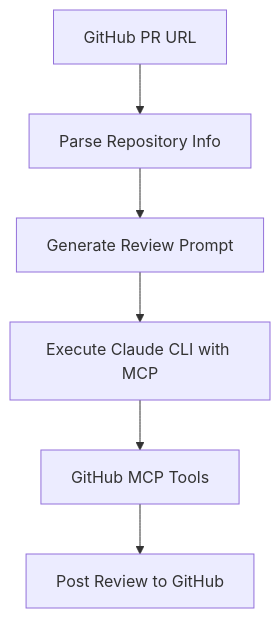
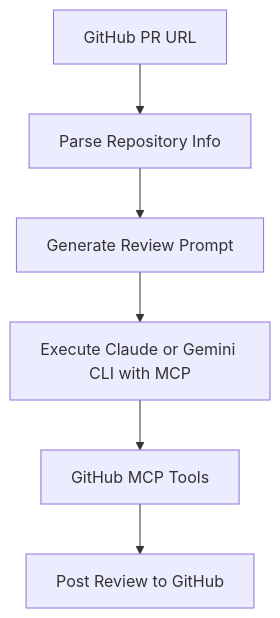
One commit to sychus/CodeReviewMCP changed the diagram in README.md. Above: the diagram before and after it, drawn with Mermaid. The commit also changed other lines of this file and 3 other files, not shown here.

````diff
--- a/README.md
+++ b/README.md
@@ -93,8 +106,8 @@
 ```mermaid
 graph TD
     A[GitHub PR URL] --> B[Parse Repository Info]
     B --> C[Generate Review Prompt]
-    C --> D[Execute Claude CLI with MCP]
+    C --> D[Execute Claude or Gemini CLI with MCP]
     D --> E[GitHub MCP Tools]
     E --> F[Post Review to GitHub]
 ```
````
